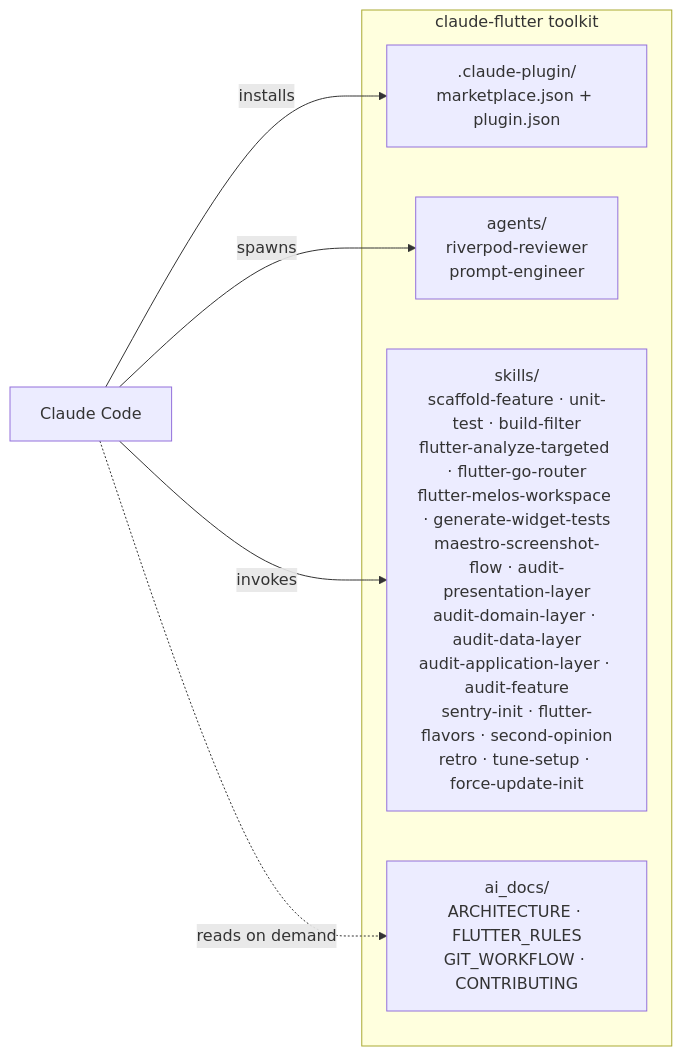
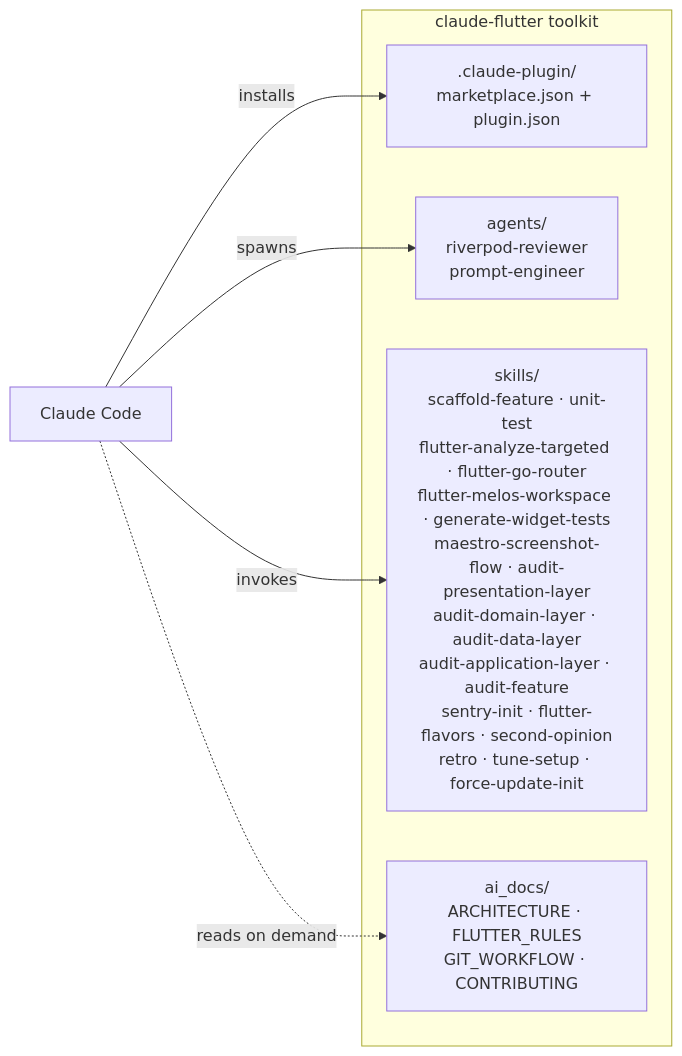
The diagram in ai_docs/ARCHITECTURE.md (iamantoniodinuzzo/claude-flutter), drawn with Mermaid before and after one commit. The commit also changed other lines of this file and 6 other files, not shown here.

First line of the commit message:
chore(build-filter): deactivate skill, keep on disk (no precedent for delete-in-place) (ref #68)

````diff
--- a/ai_docs/ARCHITECTURE.md
+++ b/ai_docs/ARCHITECTURE.md
@@ -20,16 +20,16 @@
 ```mermaid
 flowchart LR
     subgraph Repo["claude-flutter toolkit"]
         plugin[".claude-plugin/\nmarketplace.json + plugin.json"]
         agents["agents/\nriverpod-reviewer\nprompt-engineer"]
-        skills["skills/\nscaffold-feature · unit-test · build-filter\nflutter-analyze-targeted · flutter-go-router\nflutter-melos-workspace · generate-widget-tests\nmaestro-screenshot-flow · audit-presentation-layer\naudit-domain-layer · audit-data-layer\naudit-application-layer · audit-feature\nsentry-init · flutter-flavors · second-opinion\nretro · tune-setup · force-update-init"]
+        skills["skills/\nscaffold-feature · unit-test\nflutter-analyze-targeted · flutter-go-router\nflutter-melos-workspace · generate-widget-tests\nmaestro-screenshot-flow · audit-presentation-layer\naudit-domain-layer · audit-data-layer\naudit-application-layer · audit-feature\nsentry-init · flutter-flavors · second-opinion\nretro · tune-setup · force-update-init"]
         aidocs["ai_docs/\nARCHITECTURE · FLUTTER_RULES\nGIT_WORKFLOW · CONTRIBUTING"]
     end
 
     cc[Claude Code]
 
     cc -->|installs| plugin
     cc -->|invokes| skills
     cc -->|spawns| agents
     cc -.->|reads on demand| aidocs
 ```
````
